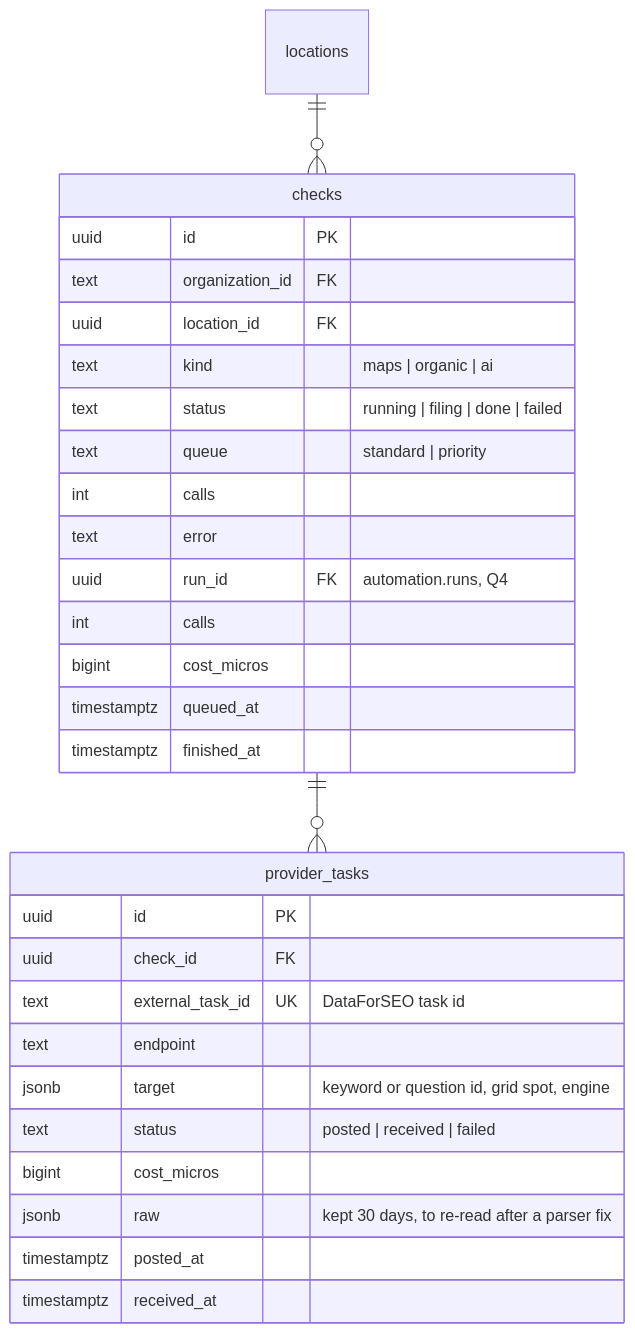
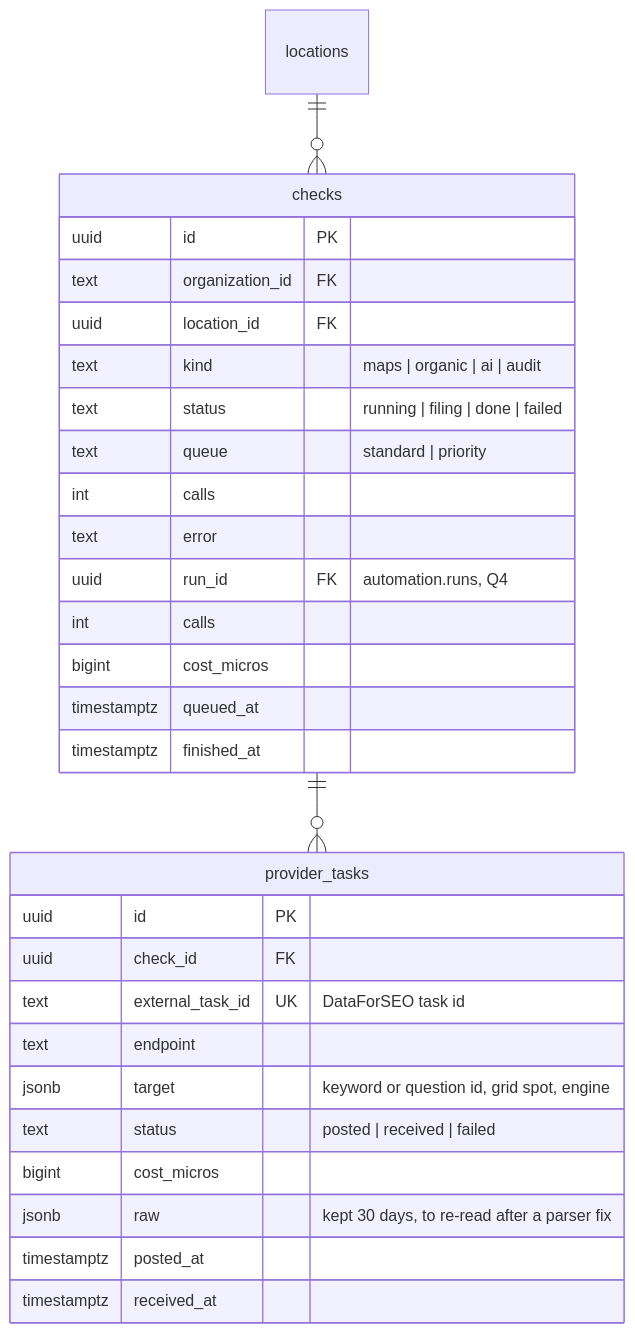
One commit to azizali/openmarko changed the fourth of 10 diagrams in docs/features/seo/data-model.md. Above: the diagram before and after it, drawn with Mermaid. The commit also changed other lines of this file and 42 other files, not shown here.

````diff
--- a/docs/features/seo/data-model.md
+++ b/docs/features/seo/data-model.md
@@ -223,33 +223,33 @@
 ```mermaid
 erDiagram
     locations ||--o{ checks : ""
     checks ||--o{ provider_tasks : ""
 
     checks {
         uuid id PK
         text organization_id FK
         uuid location_id FK
-        text kind "maps | organic | ai"
+        text kind "maps | organic | ai | audit"
         text status "running | filing | done | failed"
         text queue "standard | priority"
         int calls
         text error
         uuid run_id FK "automation.runs, Q4"
         int calls
         bigint cost_micros
         timestamptz queued_at
         timestamptz finished_at
     }
     provider_tasks {
         uuid id PK
         uuid check_id FK
         text external_task_id UK "DataForSEO task id"
         text endpoint
         jsonb target "keyword or question id, grid spot, engine"
         text status "posted | received | failed"
         bigint cost_micros
         jsonb raw "kept 30 days, to re-read after a parser fix"
         timestamptz posted_at
         timestamptz received_at
     }
 ```
````
